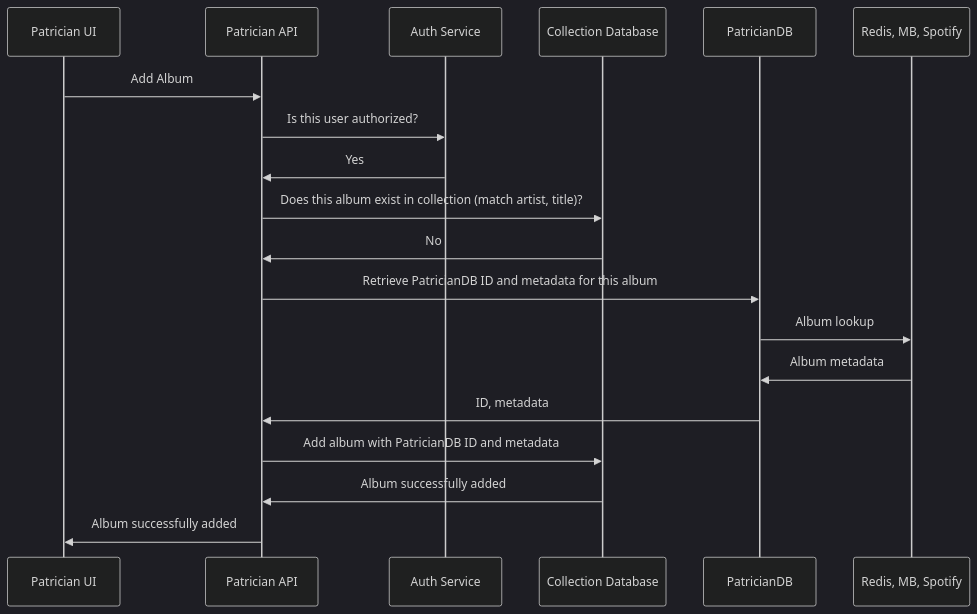
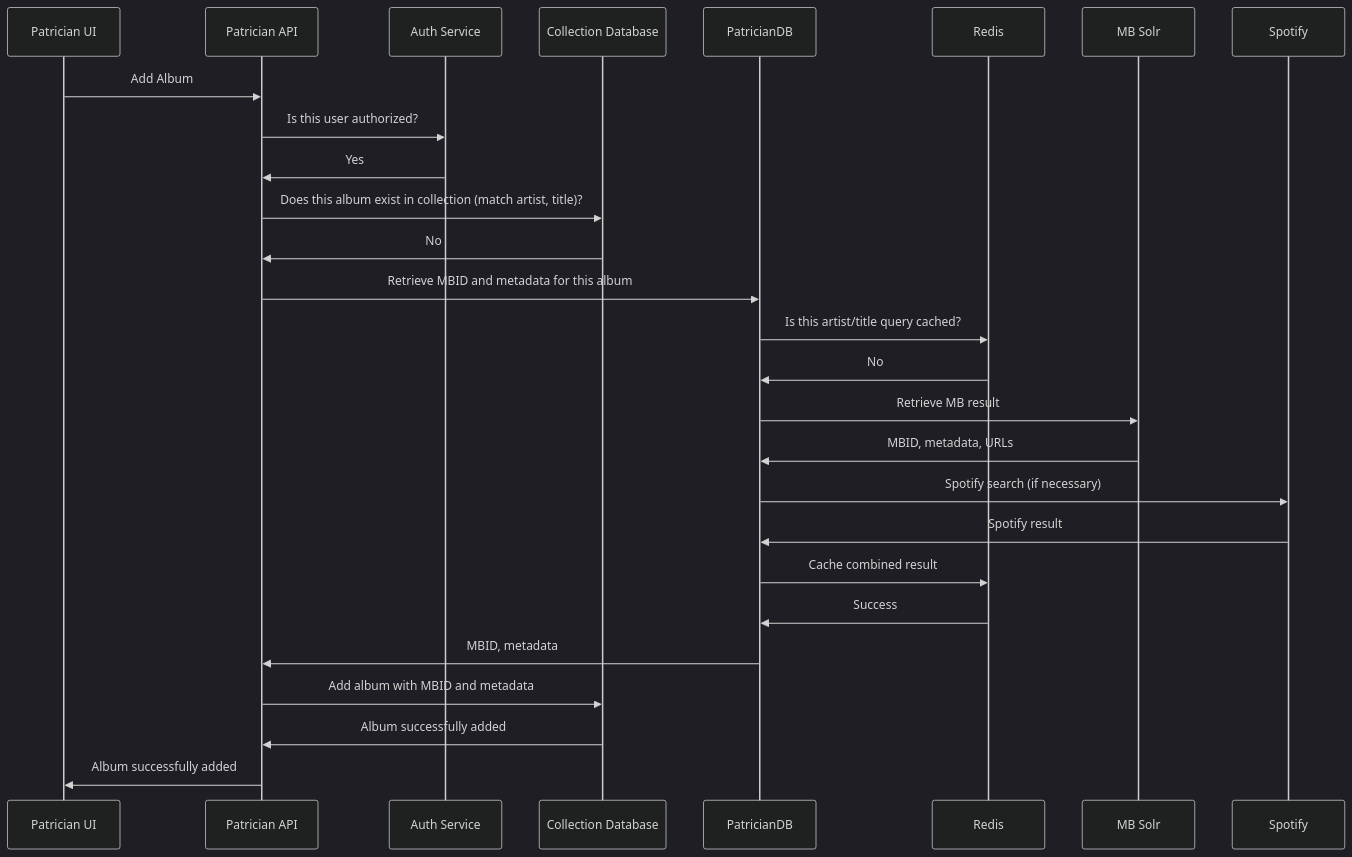
One commit to patricianapp/PatricianDB changed the diagram in notes/api.md. Above: the diagram before and after it, drawn with Mermaid (dark theme). The commit also changed other lines of this file, not shown here.

Commit message:
Update api plan

````diff
--- a/notes/api.md
+++ b/notes/api.md
@@ -5,21 +11,29 @@
 ```mermaid
 sequenceDiagram
     participant UI as Patrician UI
     participant API as Patrician API
     participant Auth as Auth Service
     participant CDB as Collection Database
     participant PDB as PatricianDB
-    participant Redis as Redis, MB, Spotify
+    participant Redis as Redis
+    participant Solr as MB Solr
+    participant Spotify as Spotify
     UI->>API: Add Album
     API->>Auth: Is this user authorized?
     Auth->>API: Yes
     API->>CDB: Does this album exist in collection (match artist, title)?
     CDB->>API: No
-    API->>PDB: Retrieve PatricianDB ID and metadata for this album
-    PDB->>Redis: Album lookup
-    Redis->>PDB: Album metadata
-    PDB->>API: ID, metadata
-    API->>CDB: Add album with PatricianDB ID and metadata
+    API->>PDB: Retrieve MBID and metadata for this album
+    PDB->>Redis: Is this artist/title query cached?
+    Redis->>PDB: No
+    PDB->>Solr: Retrieve MB result
+    Solr->>PDB: MBID, metadata, URLs
+    PDB->>Spotify: Spotify search (if necessary)
+    Spotify->>PDB: Spotify result
+    PDB->>Redis: Cache combined result
+    Redis->>PDB: Success
+    PDB->>API: MBID, metadata
+    API->>CDB: Add album with MBID and metadata
     CDB->>API: Album successfully added
     API->>UI: Album successfully added
 ```
````
